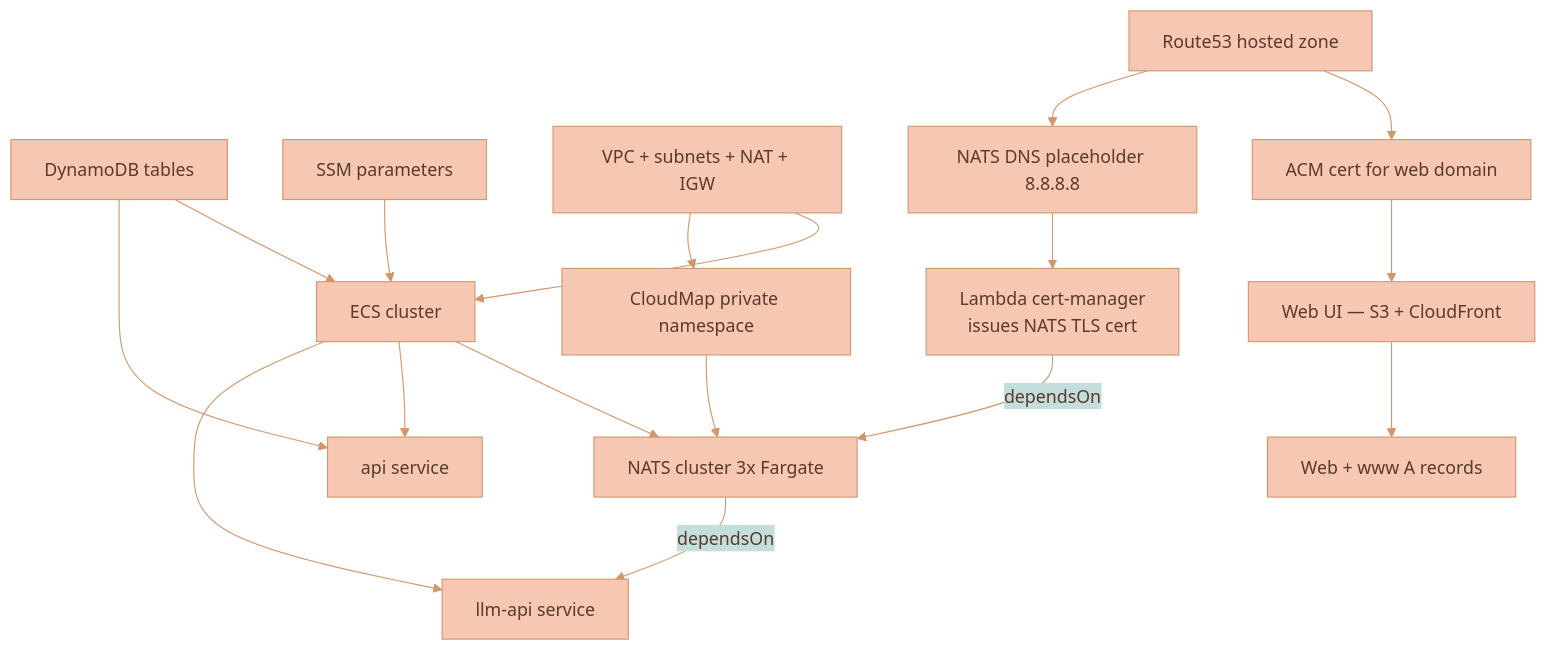
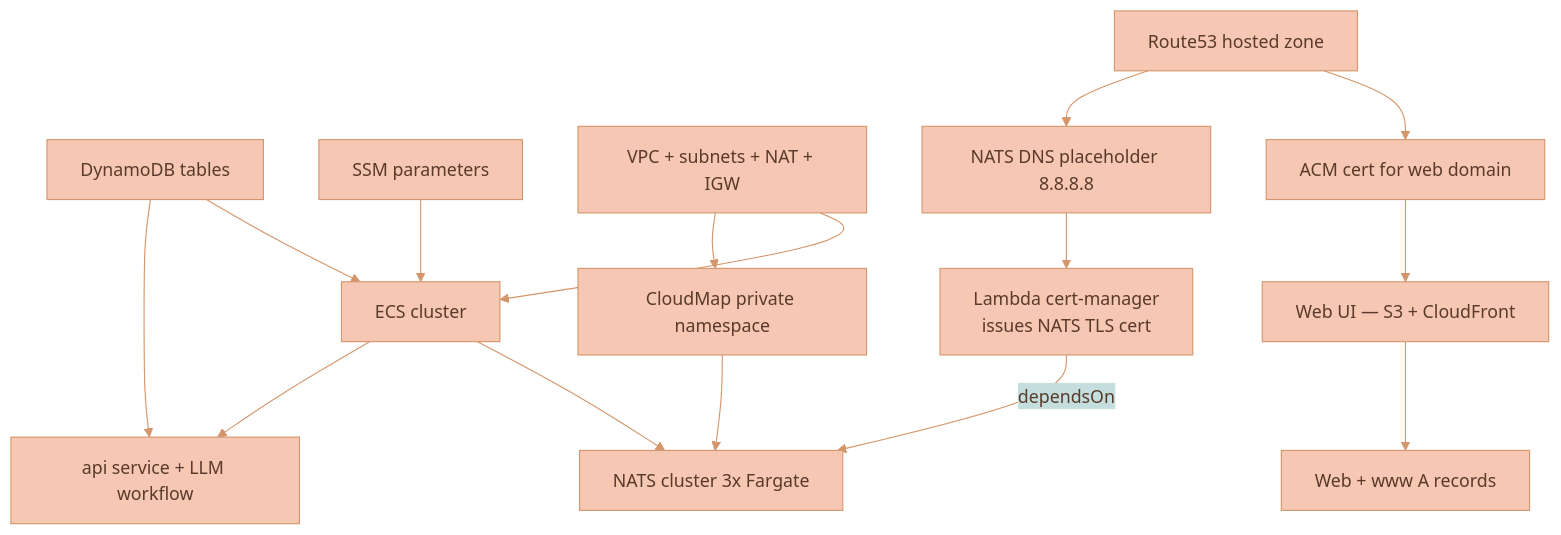
Before and after one commit to Lixpi/lixpi: the second of 8 diagrams in documentation/INFRASTRUCTURE-AND-DEPLOYMENT.md, drawn with Mermaid. The commit also changed other lines of this file and 59 other files, not shown here.

Commit message:
LIX-137 # Migrate LLM orchestration from Python llm-api to TypeScript in-process LangGraph module

````diff
--- a/documentation/INFRASTRUCTURE-AND-DEPLOYMENT.md
+++ b/documentation/INFRASTRUCTURE-AND-DEPLOYMENT.md
@@ -169,35 +166,32 @@
 ```mermaid
 %%{init: {'theme': 'base', 'themeVariables': { 'primaryColor': '#F6C7B3', 'primaryTextColor': '#5a3a2a', 'primaryBorderColor': '#d4956a', 'secondaryColor': '#C3DEDD', 'secondaryTextColor': '#1a3a47', 'secondaryBorderColor': '#4a8a9d', 'tertiaryColor': '#DCECE9', 'tertiaryTextColor': '#1a3a47', 'tertiaryBorderColor': '#82B2C0', 'lineColor': '#d4956a', 'textColor': '#5a3a2a'}}}%%
 flowchart TB
     DDB[DynamoDB tables]
     SSM[SSM parameters]
     NET[VPC + subnets + NAT + IGW]
     HZ[Route53 hosted zone]
     CERT[ACM cert for web domain]
     CM[CloudMap private namespace]
     ECS[ECS cluster]
     PLACE[NATS DNS placeholder 8.8.8.8]
     CERTMGR[Lambda cert-manager<br/>issues NATS TLS cert]
     NATS[NATS cluster 3x Fargate]
-    API[api service]
-    LLM[llm-api service]
+    API[api service + LLM workflow]
     WEB[Web UI — S3 + CloudFront]
     DNS[Web + www A records]
 
     DDB --> ECS
     SSM --> ECS
     NET --> ECS
     NET --> CM
     HZ --> CERT
     HZ --> PLACE
     PLACE --> CERTMGR
     CERTMGR -->|dependsOn| NATS
     CM --> NATS
     ECS --> NATS
     ECS --> API
-    ECS --> LLM
-    NATS -->|dependsOn| LLM
     DDB --> API
     CERT --> WEB
     WEB --> DNS
 ```
````
